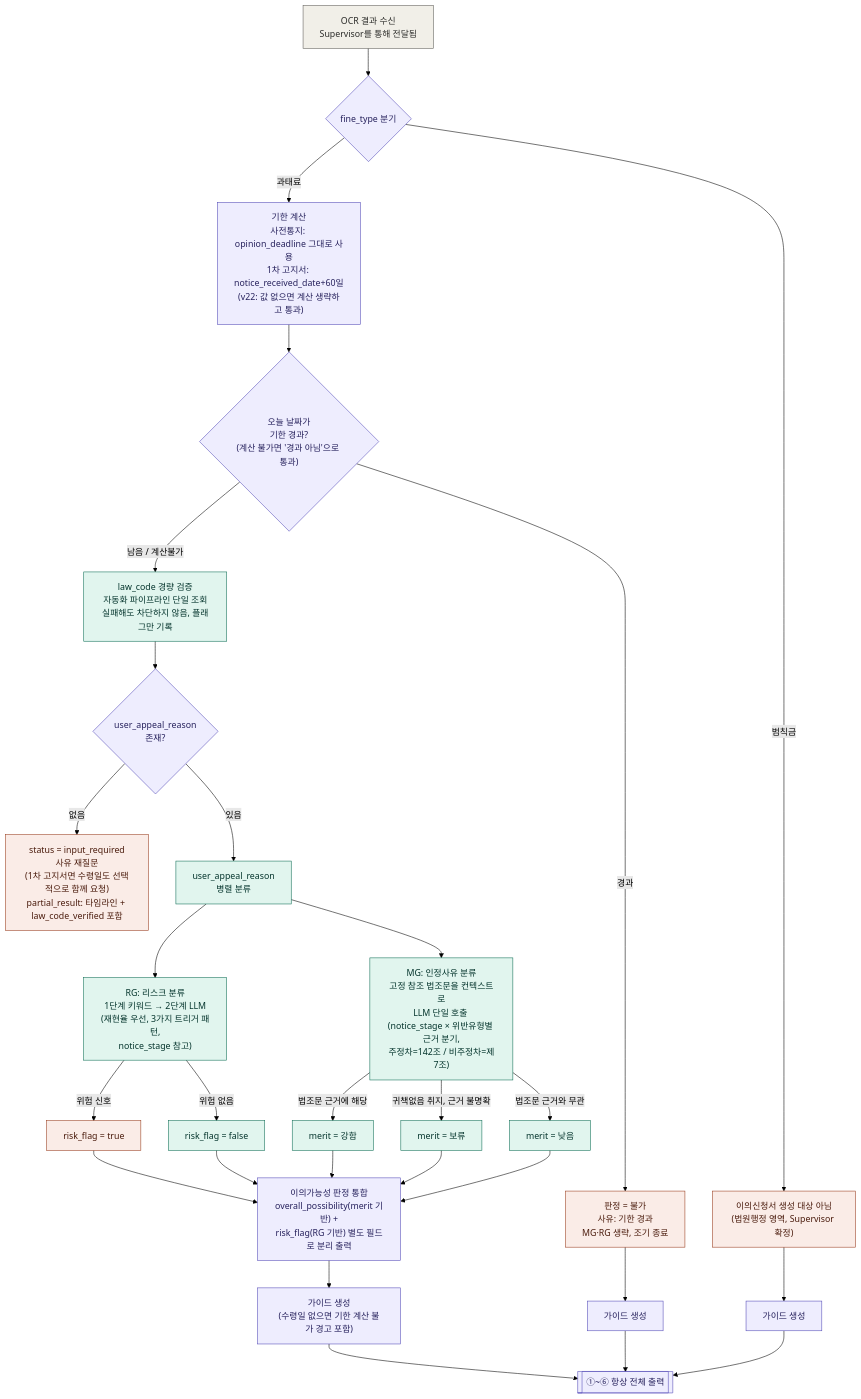
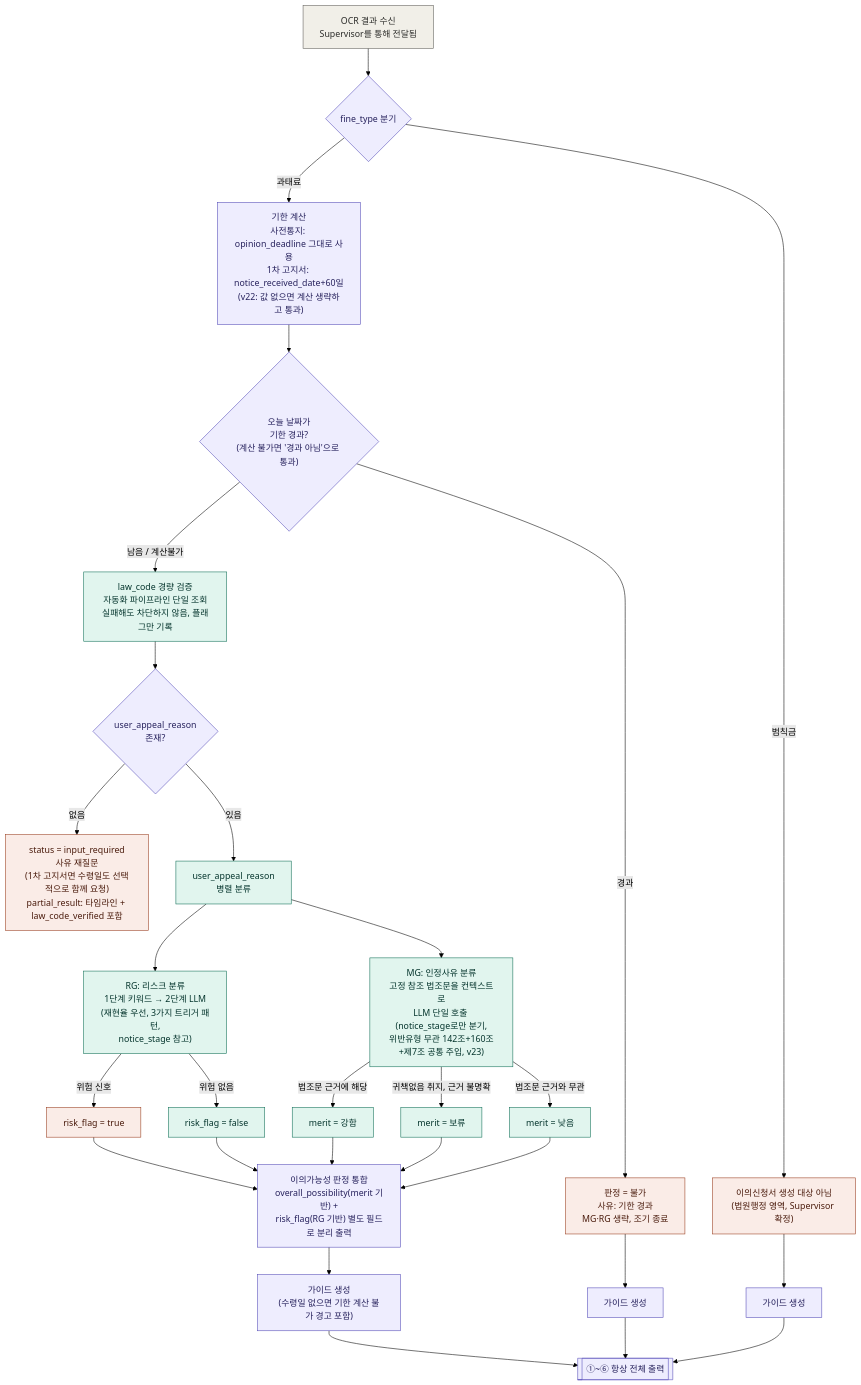
Before and after one commit to SKNETWORKS-FAMILY-AICAMP/SKN27-FINAL-3Team: the first of 2 diagrams in docs/architecture/appeal-judgment/이의가능성_판단_에이전트_설계정리.md, drawn with Mermaid (forest theme). The commit also changed other lines of this file and 14 other files, not shown here.

````diff
--- a/docs/architecture/appeal-judgment/이의가능성_판단_에이전트_설계정리.md
+++ b/docs/architecture/appeal-judgment/이의가능성_판단_에이전트_설계정리.md
@@ -28,52 +28,52 @@
 ```mermaid
 flowchart TD
     A["OCR 결과 수신<br/>Supervisor를 통해 전달됨"]
     A --> B{"fine_type 분기"}
 
     B -->|"범칙금"| D["이의신청서 생성 대상 아님<br/>(법원행정 영역, Supervisor 확정)"]
     B -->|"과태료"| DL["기한 계산<br/>사전통지: opinion_deadline 그대로 사용<br/>1차 고지서: notice_received_date+60일<br/>(v22: 값 없으면 계산 생략하고 통과)"]
 
     DL --> DCHK{"오늘 날짜가<br/>기한 경과?<br/>(계산 불가면 '경과 아님'으로 통과)"}
     DCHK -->|"경과"| DENY["판정 = 불가<br/>사유: 기한 경과<br/>MG·RG 생략, 조기 종료"]
     DCHK -->|"남음 / 계산불가"| LDB_CHECK["law_code 경량 검증<br/>자동화 파이프라인 단일 조회<br/>실패해도 차단하지 않음, 플래그만 기록"]
     LDB_CHECK --> CHK_REASON{"user_appeal_reason<br/>존재?"}
     CHK_REASON -->|"없음"| INPUT_REQ["status = input_required<br/>사유 재질문<br/>(1차 고지서면 수령일도 선택적으로 함께 요청)<br/>partial_result: 타임라인 + law_code_verified 포함"]
     CHK_REASON -->|"있음"| PARALLEL["user_appeal_reason<br/>병렬 분류"]
 
     PARALLEL --> RG["RG: 리스크 분류<br/>1단계 키워드 → 2단계 LLM<br/>(재현율 우선, 3가지 트리거 패턴,<br/>notice_stage 참고)"]
-    PARALLEL --> MG["MG: 인정사유 분류<br/>고정 참조 법조문을 컨텍스트로<br/>LLM 단일 호출 (notice_stage × 위반유형별 근거 분기,<br/>주정차=142조 / 비주정차=제7조)"]
+    PARALLEL --> MG["MG: 인정사유 분류<br/>고정 참조 법조문을 컨텍스트로<br/>LLM 단일 호출 (notice_stage로만 분기,<br/>위반유형 무관 142조+160조+제7조 공통 주입, v23)"]
 
     RG -->|"위험 신호"| RISK["risk_flag = true"]
     RG -->|"위험 없음"| SAFE["risk_flag = false"]
 
     MG -->|"법조문 근거에 해당"| M_HIGH["merit = 강함"]
     MG -->|"귀책없음 취지, 근거 불명확"| M_HOLD["merit = 보류"]
     MG -->|"법조문 근거와 무관"| M_LOW["merit = 낮음"]
 
     RISK & SAFE & M_HIGH & M_HOLD & M_LOW --> E["이의가능성 판정 통합<br/>overall_possibility(merit 기반) +<br/>risk_flag(RG 기반) 별도 필드로 분리 출력"]
 
     DENY --> G2["가이드 생성"]
     E --> G["가이드 생성<br/>(수령일 없으면 기한 계산 불가 경고 포함)"]
     D --> G3["가이드 생성"]
 
     G & G2 & G3 --> GOUT[["①~⑥ 항상 전체 출력"]]
 
     classDef input fill:#F1EFE8,stroke:#5F5E5A,color:#2C2C2A;
     classDef decision fill:#EEEDFE,stroke:#534AB7,color:#26215C;
     classDef track fill:#E1F5EE,stroke:#0F6E56,color:#04342C;
     classDef risk fill:#FAECE7,stroke:#993C1D,color:#4A1B0C;
     classDef safe fill:#E1F5EE,stroke:#0F6E56,color:#04342C;
     classDef output fill:#EEEDFE,stroke:#534AB7,color:#26215C;
     classDef excluded fill:#FAECE7,stroke:#993C1D,color:#4A1B0C;
 
     class A input;
     class B,DCHK,CHK_REASON decision;
     class DL decision;
     class PARALLEL,RG,MG track;
     class D,DENY,INPUT_REQ excluded;
     class LDB_CHECK track;
     class RISK risk;
     class SAFE,M_HIGH safe;
     class M_HOLD,M_LOW track;
     class E,G,G2,G3,GOUT output;
 ```
````
